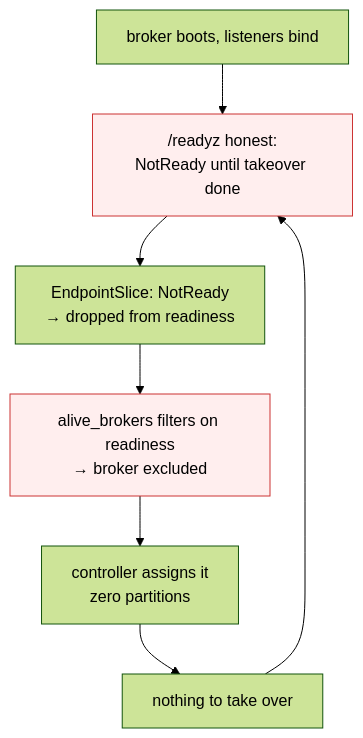
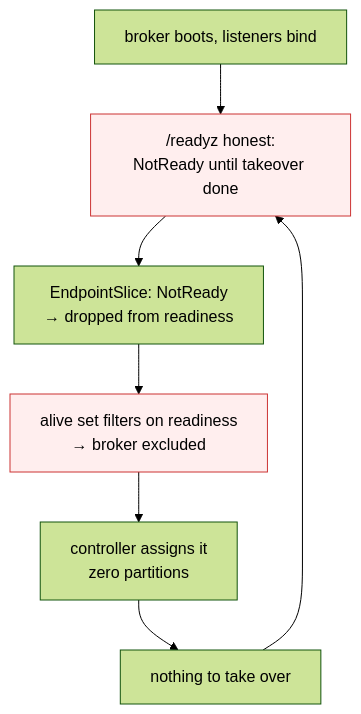
The first of 2 diagrams in docs/src/architecture/readiness-rollout.md (Woestebanaan/kaas), drawn with Mermaid (forest theme) before and after one commit. The commit also changed other lines of this file and 35 other files, not shown here.

````diff
--- a/docs/src/architecture/readiness-rollout.md
+++ b/docs/src/architecture/readiness-rollout.md
@@ -46,11 +56,11 @@
 ```mermaid
 flowchart TD
     boot["broker boots, listeners bind"] --> ready0["/readyz honest:<br/>NotReady until takeover done"]
     ready0 --> es["EndpointSlice: NotReady<br/>→ dropped from readiness"]
-    es --> alive0["alive_brokers filters on readiness<br/>→ broker excluded"]
+    es --> alive0["alive set filters on readiness<br/>→ broker excluded"]
     alive0 --> noassign["controller assigns it<br/>zero partitions"]
     noassign --> notake["nothing to take over"]
     notake --> ready0
     style ready0 fill:#fee,stroke:#c33
     style alive0 fill:#fee,stroke:#c33
 ```
````
